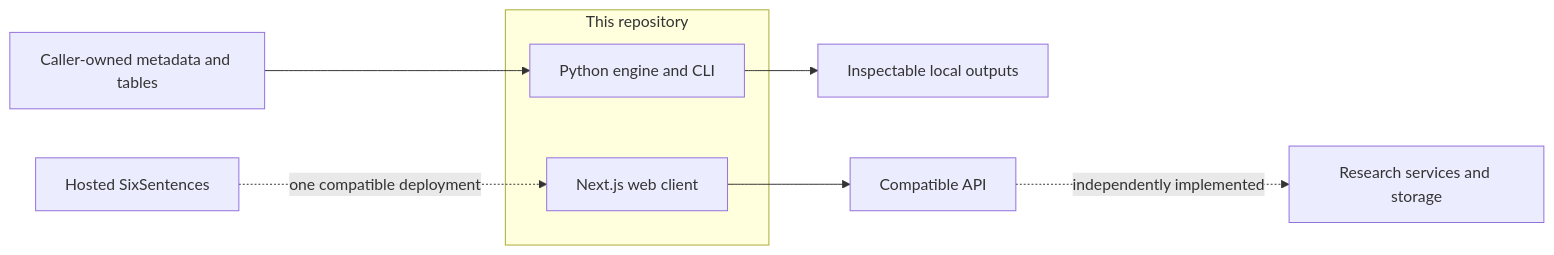
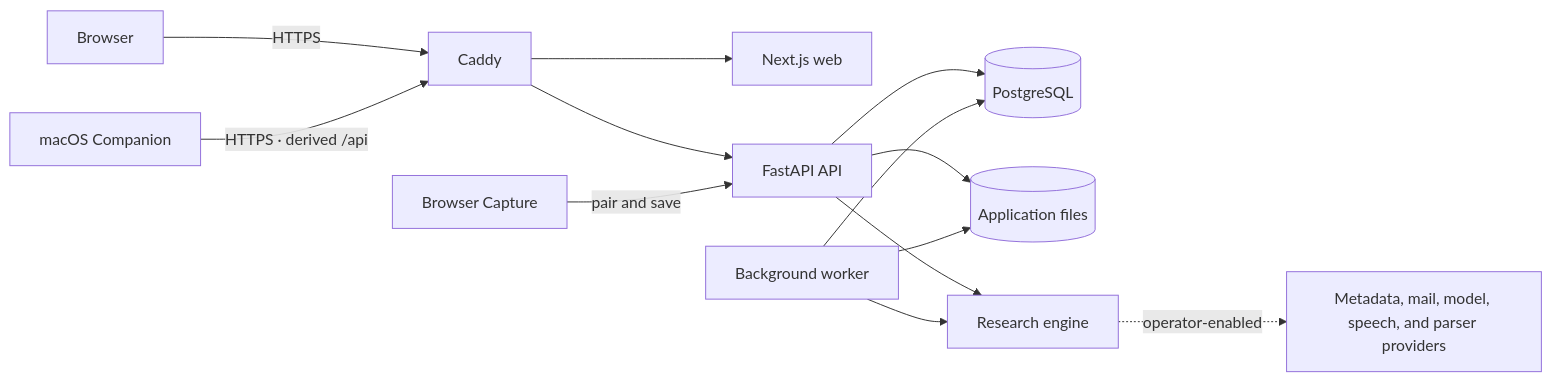
One commit to SixSentences/sixsentences changed the diagram in README.md. Above: the diagram before and after it, drawn with Mermaid. The commit also changed other lines of this file and 536 other files, not shown here.

Commit message:
feat: open the complete self-hosted research workspace (#37)

````diff
--- a/README.md
+++ b/README.md
@@ -218,12 +101,15 @@
 ```mermaid
 flowchart LR
-    subgraph OSS[This repository]
-        E[Python engine and CLI]
-        W[Next.js web client]
-    end
-    I[Caller-owned metadata and tables] --> E
-    E --> O[Inspectable local outputs]
-    W --> A[Compatible API]
-    A -. independently implemented .-> S[Research services and storage]
-    H[Hosted SixSentences] -. one compatible deployment .-> W
+    B[Browser] -->|HTTPS| C[Caddy]
+    M[macOS Companion] -->|HTTPS · derived /api| C
+    C --> W[Next.js web]
+    C --> A[FastAPI API]
+    A --> P[(PostgreSQL)]
+    A --> D[(Application files)]
+    Q[Background worker] --> P
+    Q --> D
+    X[Browser Capture] -->|pair and save| A
+    A --> E[Research engine]
+    Q --> E
+    E -. operator-enabled .-> O[Metadata, mail, model, speech, and parser providers]
 ```
````
